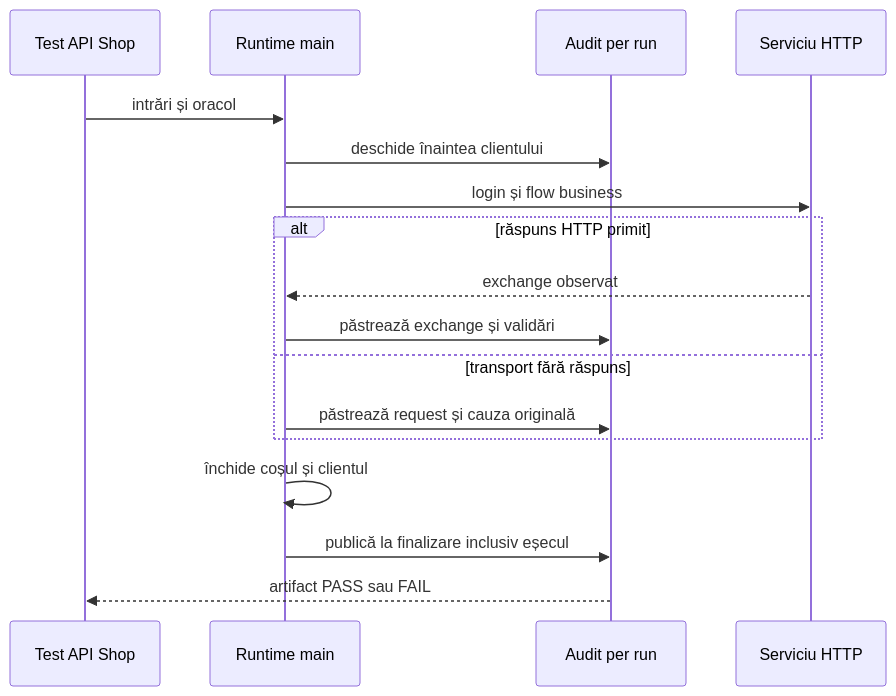
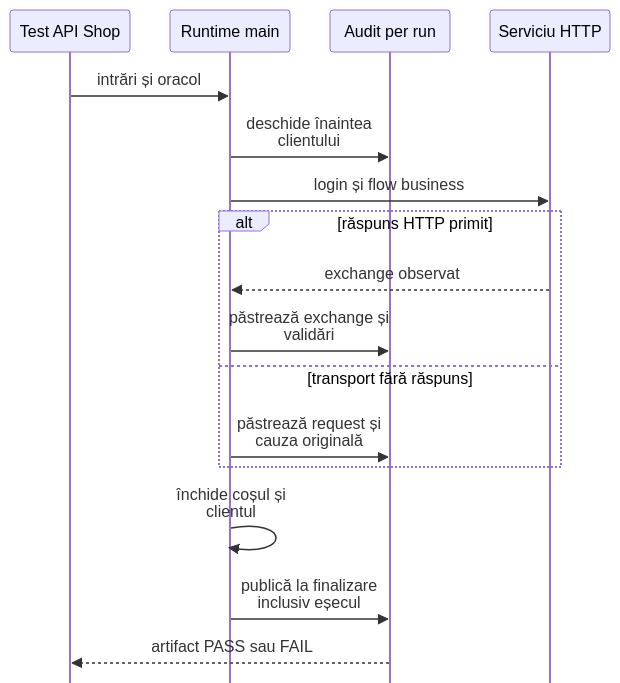
The fifth of 6 diagrams in atf-test-practice-shop/README.md (crististefanita/atf_j0), drawn with Mermaid before and after one commit. The commit also changed other lines of this file and 97 other files, not shown here.

````diff
--- a/atf-test-practice-shop/README.md
+++ b/atf-test-practice-shop/README.md
@@ -642,19 +758,20 @@
 ```mermaid
+%%{init: {"themeVariables":{"fontSize":"15px","actorFontSize":"15px","messageFontSize":"12px","noteFontSize":"12px"},"themeCSS":".actor { font-size: 15px !important; } .messageText, .labelText, .loopText, .noteText { font-size: 12px !important; }","sequence":{"actorFontSize":15,"messageFontSize":12,"noteFontSize":12,"width":120,"height":42,"actorMargin":40,"messageMargin":24,"mirrorActors":false,"wrap":true,"wrapPadding":6}}}%%
 sequenceDiagram
     participant Test as Test API Shop
     participant Run as Runtime main
     participant Audit as Audit per run
     participant API as Serviciu HTTP
     Test->>Run: intrări și oracol
     Run->>Audit: deschide înaintea clientului
     Run->>API: login și flow business
     alt răspuns HTTP primit
         API-->>Run: exchange observat
         Run->>Audit: păstrează exchange și validări
     else transport fără răspuns
         Run->>Audit: păstrează request și cauza originală
     end
     Run->>Run: închide coșul și clientul
     Run->>Audit: publică la finalizare inclusiv eșecul
     Audit-->>Test: artifact PASS sau FAIL
 ```
````
